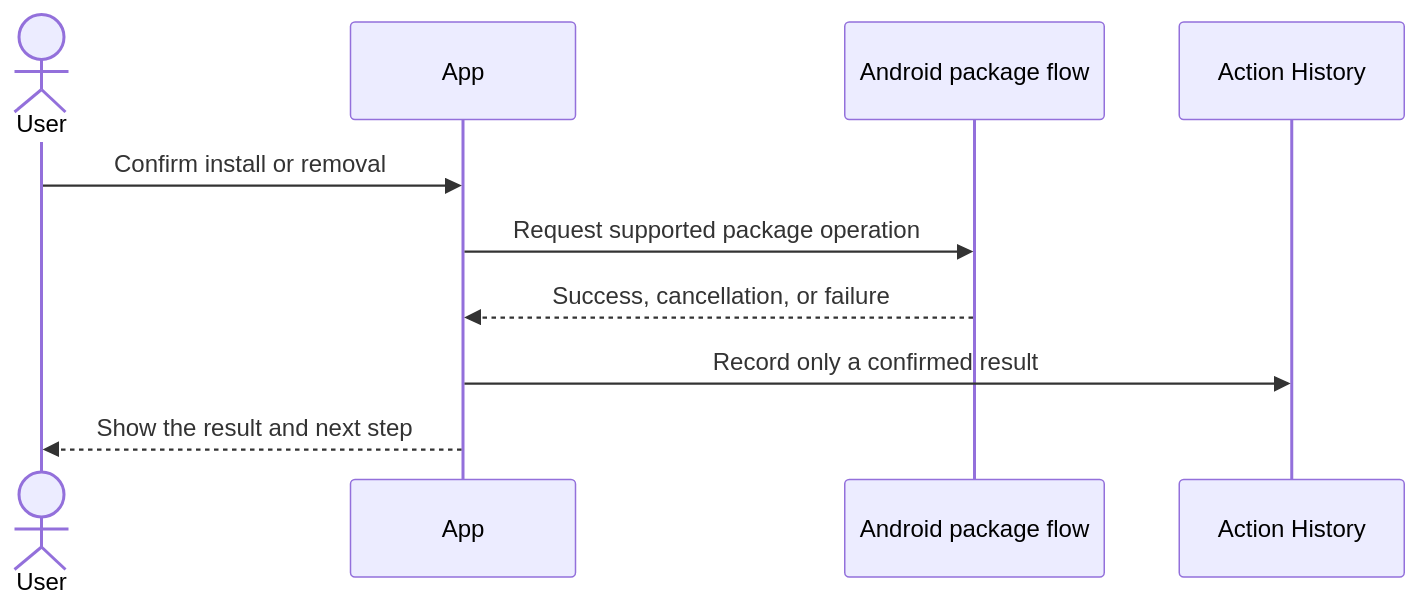
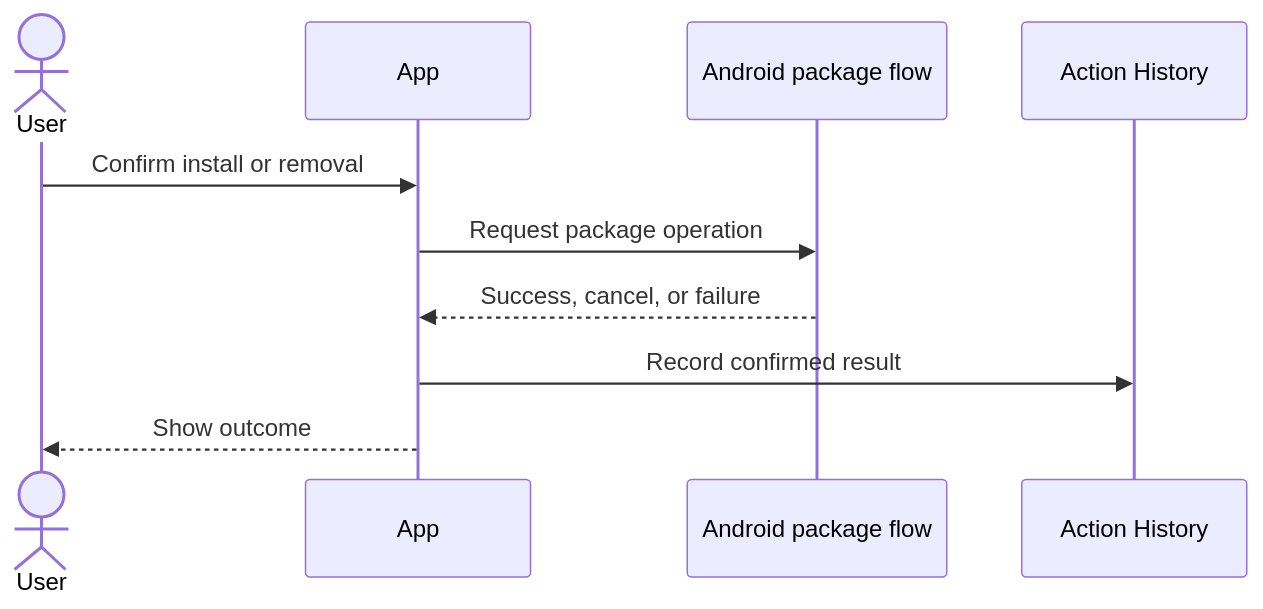
Before and after one commit to FancyCorey/komikku-KMK: the second of 4 diagrams in docs/kmk/feature-guides/managing-and-isolating-extensions.md, drawn with Mermaid. The commit also changed 9 other files, not shown here.

Commit message:
Improve Mermaid diagram readability

````diff
--- a/docs/kmk/feature-guides/managing-and-isolating-extensions.md
+++ b/docs/kmk/feature-guides/managing-and-isolating-extensions.md
@@ -38,12 +38,12 @@
 ```mermaid
 sequenceDiagram
     actor User
     participant App
     participant Android as Android package flow
     participant History as Action History
     User->>App: Confirm install or removal
-    App->>Android: Request supported package operation
-    Android-->>App: Success, cancellation, or failure
-    App->>History: Record only a confirmed result
-    App-->>User: Show the result and next step
+    App->>Android: Request package operation
+    Android-->>App: Success, cancel, or failure
+    App->>History: Record confirmed result
+    App-->>User: Show outcome
 ```
````
